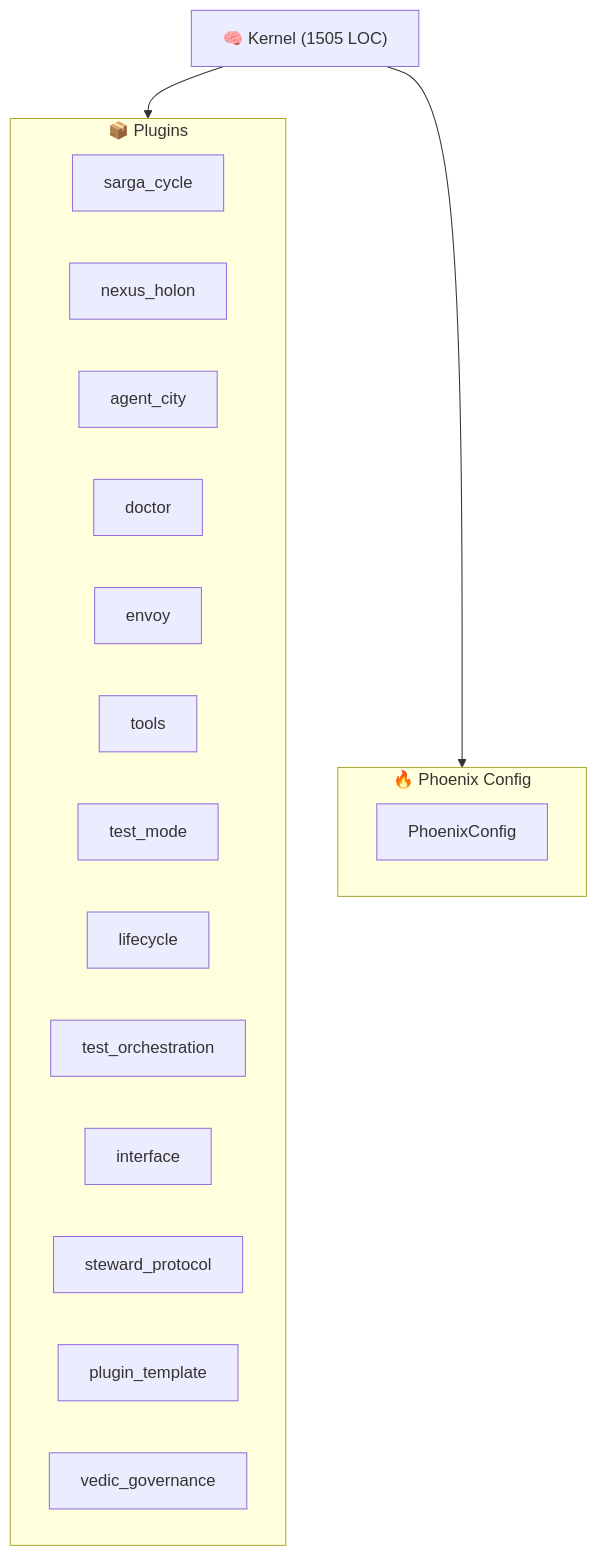
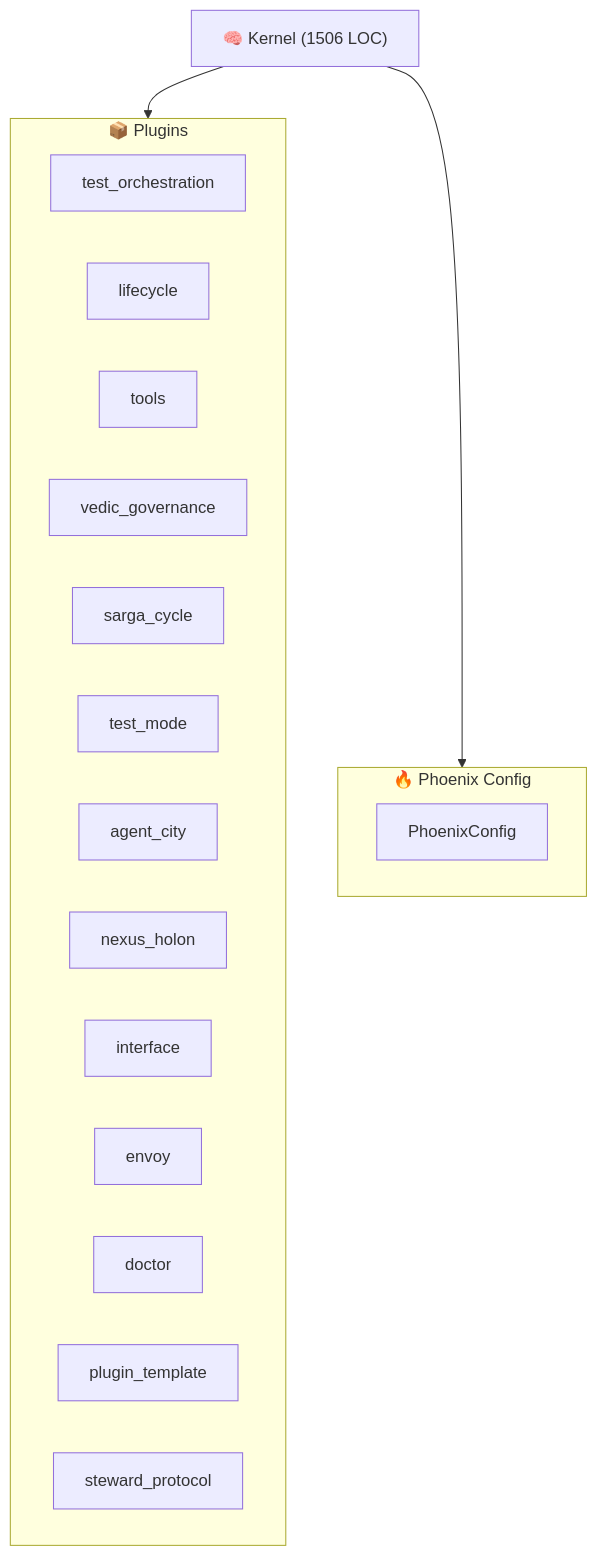
One commit to kimeisele/steward-protocol changed the diagram in ARCHITECTURE.md. Above: the diagram before and after it, drawn with Mermaid. The commit also changed other lines of this file and 15 other files, not shown here.

````diff
--- a/ARCHITECTURE.md
+++ b/ARCHITECTURE.md
@@ -8,24 +8,24 @@
 ```mermaid
 graph TB
-    K["🧠 Kernel (1505 LOC)"]
+    K["🧠 Kernel (1506 LOC)"]
     subgraph Plugins["📦 Plugins"]
+        P_test_orchestration["test_orchestration"]
+        P_lifecycle["lifecycle"]
+        P_tools["tools"]
+        P_vedic_governance["vedic_governance"]
         P_sarga_cycle["sarga_cycle"]
+        P_test_mode["test_mode"]
+        P_agent_city["agent_city"]
         P_nexus_holon["nexus_holon"]
-        P_agent_city["agent_city"]
+        P_interface["interface"]
+        P_envoy["envoy"]
         P_doctor["doctor"]
-        P_envoy["envoy"]
-        P_tools["tools"]
-        P_test_mode["test_mode"]
-        P_lifecycle["lifecycle"]
-        P_test_orchestration["test_orchestration"]
-        P_interface["interface"]
+        P_plugin_template["plugin_template"]
         P_steward_protocol["steward_protocol"]
-        P_plugin_template["plugin_template"]
-        P_vedic_governance["vedic_governance"]
     end
     K --> Plugins
     subgraph Config["🔥 Phoenix Config"]
         PC[PhoenixConfig]
     end
     K --> Config
 ```
````
